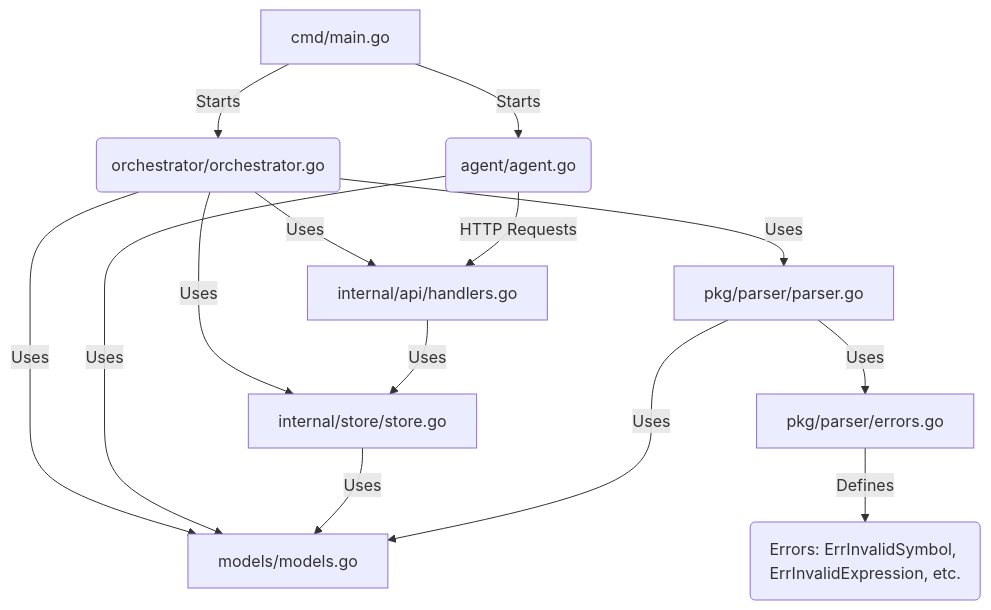
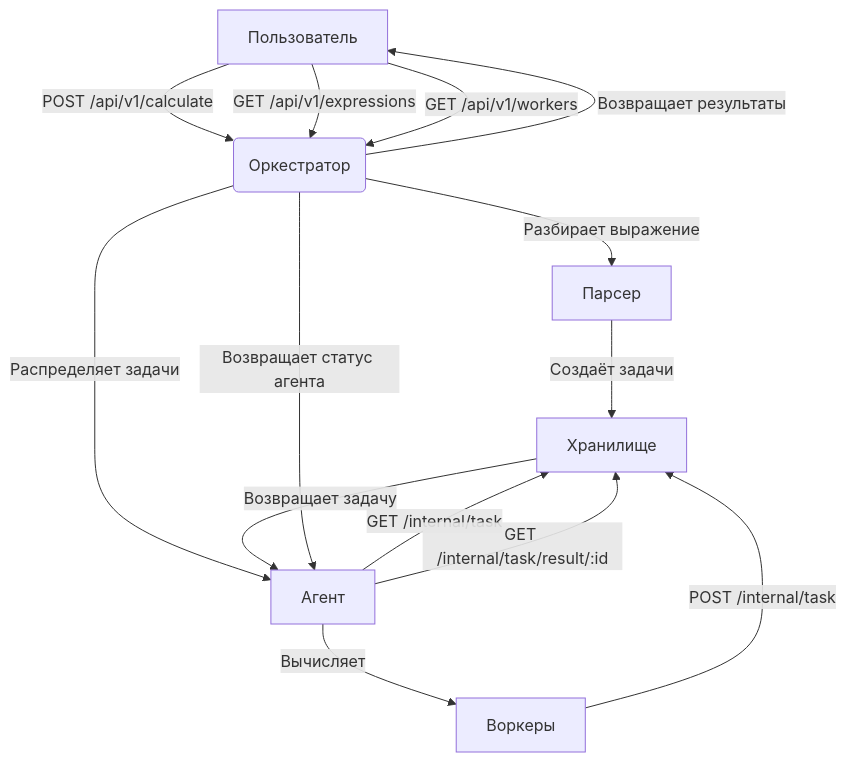
Before and after one commit to NieR8/GO_calculator: the diagram in README.md, drawn with Mermaid. The commit also changed other lines of this file and 3 other files, not shown here.

````diff
--- a/README.md
+++ b/README.md
@@ -18,21 +51,16 @@
 ```mermaid
 graph TD
-    A[cmd/main.go] -->|Starts| B(orchestrator/orchestrator.go)
-    A -->|Starts| C(agent/agent.go)
-    
-    B -->|Uses| D[internal/api/handlers.go]
-    B -->|Uses| E[internal/store/store.go]
-    B -->|Uses| F[pkg/parser/parser.go]
-    B -->|Uses| G[models/models.go]
-    
-    C -->|Uses| G
-    C -->|HTTP Requests| D
-    
-    D -->|Uses| E
-    E -->|Uses| G
-    
-    F -->|Uses| H[pkg/parser/errors.go]
-    F -->|Uses| G
-    
-    H -->|Defines| I(Errors: ErrInvalidSymbol, ErrInvalidExpression, etc.)
+    A[Пользователь] -->|POST /api/v1/calculate| B(Оркестратор)
+    B -->|Разбирает выражение| C[Парсер]
+    C -->|Создаёт задачи| D[Хранилище]
+    B -->|Распределяет задачи| E[Агент]
+    E -->|GET /internal/task| D
+    D -->|Возвращает задачу| E
+    E -->|Вычисляет| F[Воркеры]
+    F -->|POST /internal/task| D
+    E -->|GET /internal/task/result/:id| D
+    A -->|GET /api/v1/expressions| B
+    B -->|Возвращает результаты| A
+    A -->|GET /api/v1/workers| B
+    B -->|Возвращает статус агента| E
 ```
````
